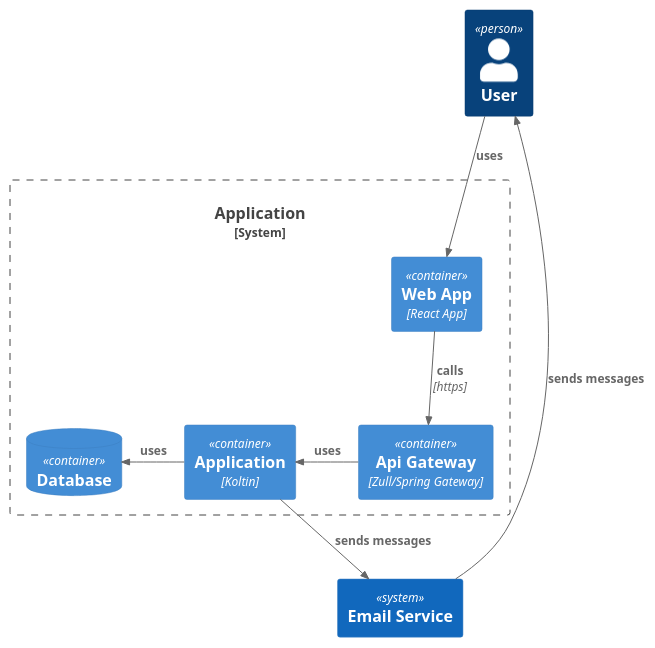
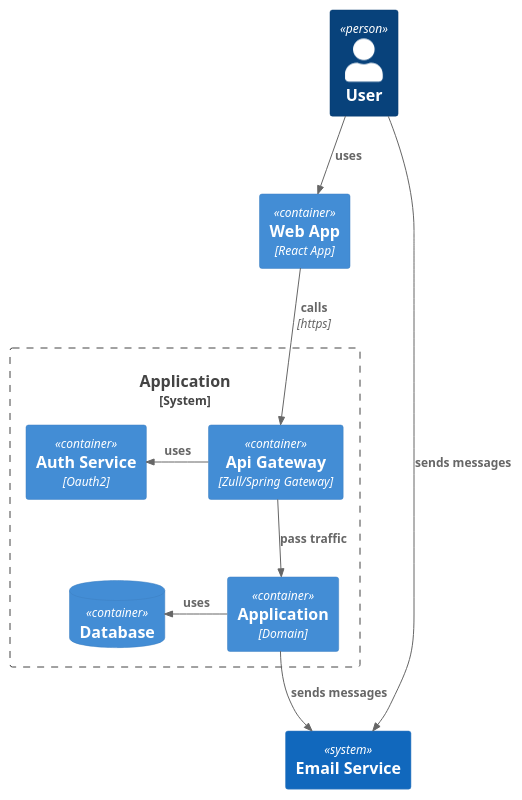
One commit to bartgora/NoTime2Play changed the diagram in docs/2_Container.puml. Above: the diagram before and after it, drawn with PlantUML.

```diff
--- a/docs/2_Container.puml
+++ b/docs/2_Container.puml
@@ -1,20 +1,22 @@
 @startuml
 !include <C4/C4_Container>
 Person(user, "User")
 
+Container(webapp,"Web App","React App")
 System_Boundary(c1, "Application"){
-Container(webapp,"Web App","React App")
 Container(gateway,"Api Gateway","Zull/Spring Gateway")
-Container(application, "Application", "Koltin")
+Container(security,"Auth Service","Oauth2")
+Container(application, "Application", "Domain")
 ContainerDb(database, "Database")
 }
 
 System(email, "Email Service")
 
 Rel(user, webapp, "uses")
 Rel(webapp, gateway, "calls", "https")
-Rel_L(gateway, application, "uses")
+Rel(gateway, application, "pass traffic")
+Rel_L(gateway, security, "uses")
 Rel_L(application, database, "uses")
 Rel(application, email, "sends messages")
-Rel_Back(user, email, "sends messages")
+Rel(user, email, "sends messages")
 @enduml
```
